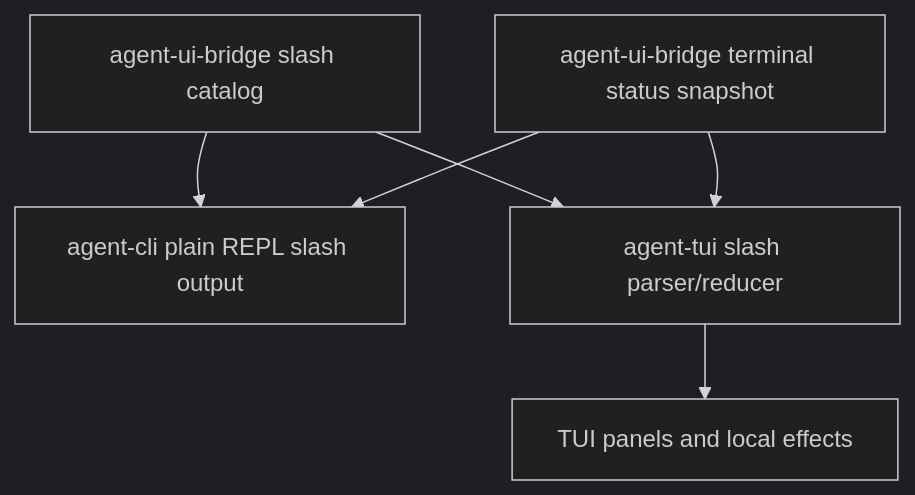
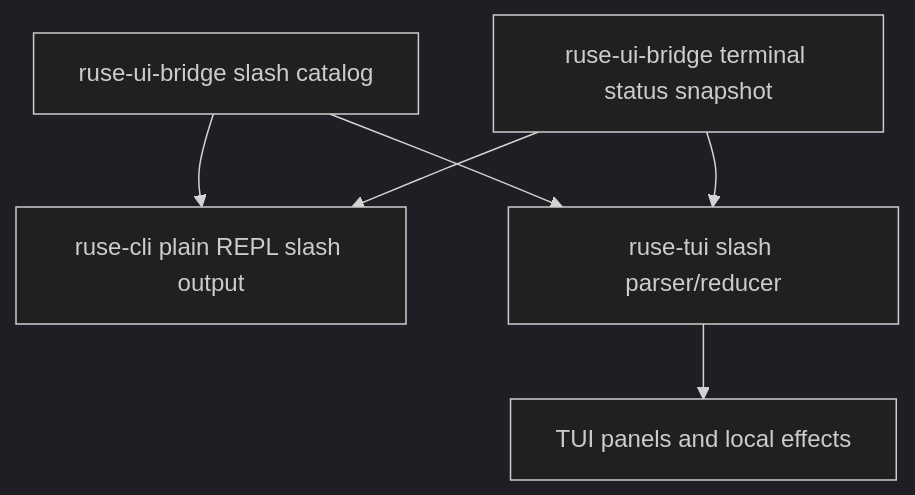
Before and after one commit to poneding/agent: the diagram in docs/specs/M59-02-slash-command-status-hub.spec.md, drawn with Mermaid (dark theme). The commit also changed other lines of this file and 2091 other files, not shown here.

First line of the commit message:
refactor: rename agent branding to ruse

````diff
--- a/docs/specs/M59-02-slash-command-status-hub.spec.md
+++ b/docs/specs/M59-02-slash-command-status-hub.spec.md
@@ -33,8 +33,8 @@
 ```mermaid
 flowchart TD
-  Catalog["agent-ui-bridge slash catalog"] --> CLI["agent-cli plain REPL slash output"]
-  Catalog --> TUI["agent-tui slash parser/reducer"]
-  Status["agent-ui-bridge terminal status snapshot"] --> CLI
+  Catalog["ruse-ui-bridge slash catalog"] --> CLI["ruse-cli plain REPL slash output"]
+  Catalog --> TUI["ruse-tui slash parser/reducer"]
+  Status["ruse-ui-bridge terminal status snapshot"] --> CLI
   Status --> TUI
   TUI --> Panels["TUI panels and local effects"]
 ```
````
